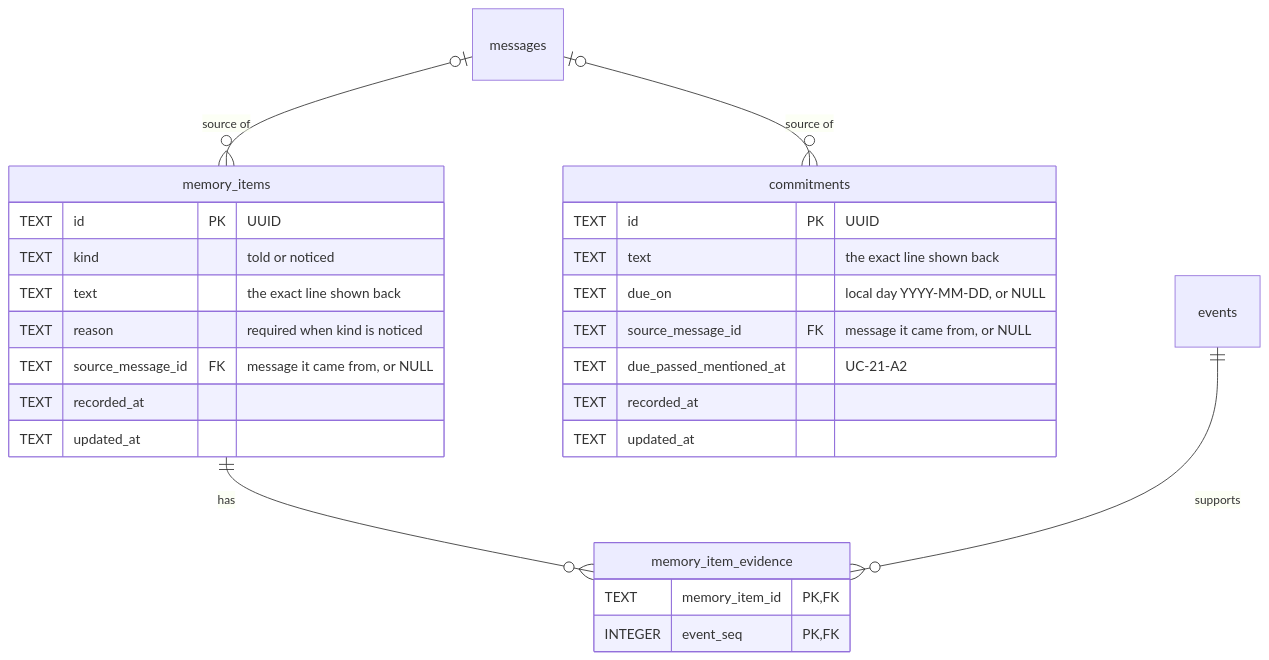
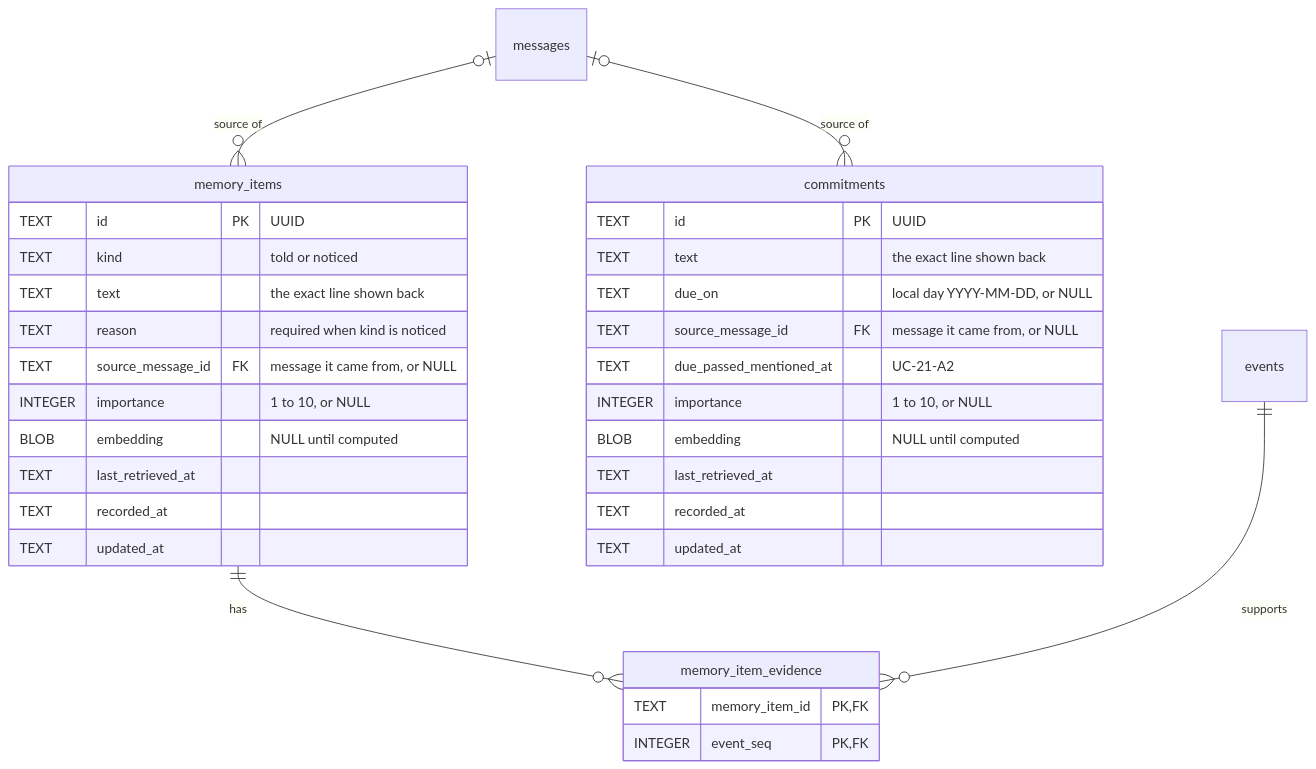
One commit to NguyenVu04/cognia changed the fourth of 10 diagrams in docs/ERD.md. Above: the diagram before and after it, drawn with Mermaid. The commit also changed other lines of this file and 24 other files, not shown here.

````diff
--- a/docs/ERD.md
+++ b/docs/ERD.md
@@ -353,29 +355,35 @@
 ```mermaid
 erDiagram
     memory_items {
         TEXT id PK "UUID"
         TEXT kind "told or noticed"
         TEXT text "the exact line shown back"
         TEXT reason "required when kind is noticed"
         TEXT source_message_id FK "message it came from, or NULL"
+        INTEGER importance "1 to 10, or NULL"
+        BLOB embedding "NULL until computed"
+        TEXT last_retrieved_at
         TEXT recorded_at
         TEXT updated_at
     }
     memory_item_evidence {
         TEXT memory_item_id PK, FK
         INTEGER event_seq PK, FK
     }
     commitments {
         TEXT id PK "UUID"
         TEXT text "the exact line shown back"
         TEXT due_on "local day YYYY-MM-DD, or NULL"
         TEXT source_message_id FK "message it came from, or NULL"
         TEXT due_passed_mentioned_at "UC-21-A2"
+        INTEGER importance "1 to 10, or NULL"
+        BLOB embedding "NULL until computed"
+        TEXT last_retrieved_at
         TEXT recorded_at
         TEXT updated_at
     }
     messages |o--o{ memory_items : "source of"
     messages |o--o{ commitments : "source of"
     memory_items ||--o{ memory_item_evidence : "has"
     events ||--o{ memory_item_evidence : "supports"
 ```
````
